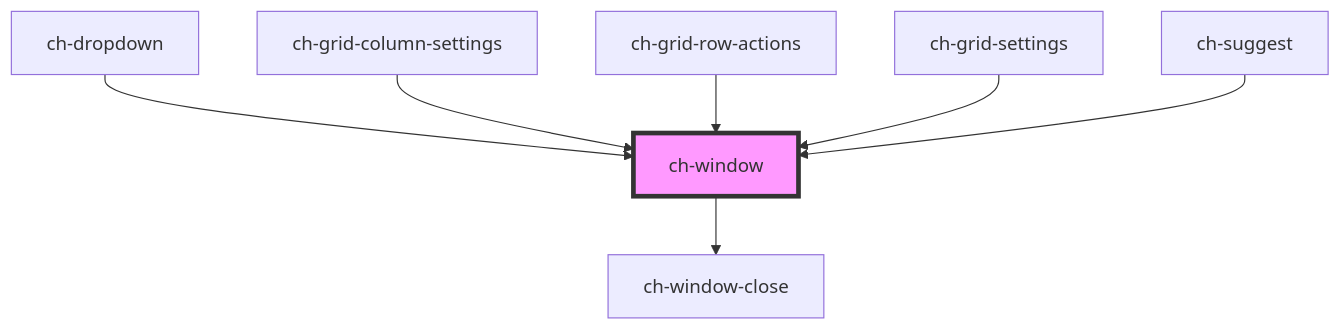
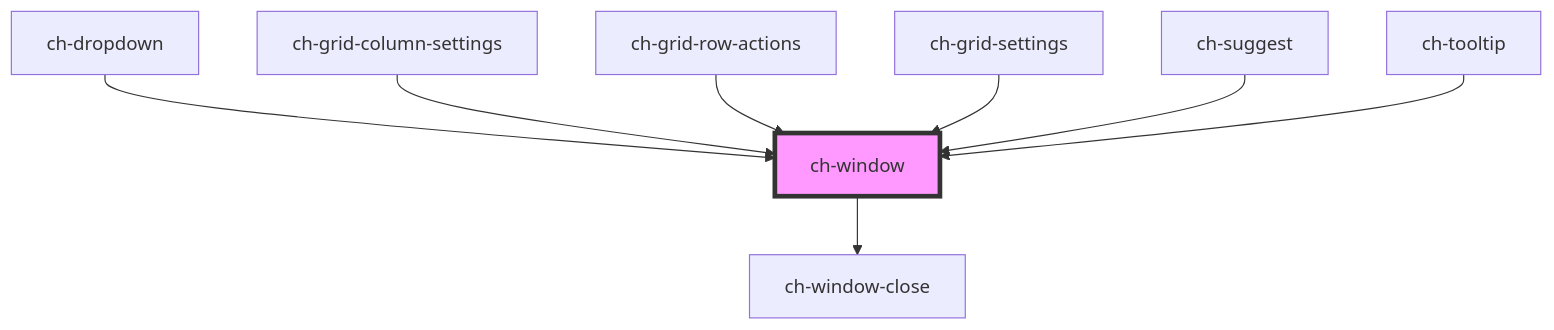
The diagram in src/components/window/readme.md (genexuslabs/chameleon-controls-library), drawn with Mermaid before and after one commit. The commit also changed other lines of this file and 12 other files, not shown here.

````diff
--- a/src/components/window/readme.md
+++ b/src/components/window/readme.md
@@ -64,10 +65,11 @@
 ```mermaid
 graph TD;
   ch-window --> ch-window-close
   ch-dropdown --> ch-window
   ch-grid-column-settings --> ch-window
   ch-grid-row-actions --> ch-window
   ch-grid-settings --> ch-window
   ch-suggest --> ch-window
+  ch-tooltip --> ch-window
   style ch-window fill:#f9f,stroke:#333,stroke-width:4px
 ```
````
